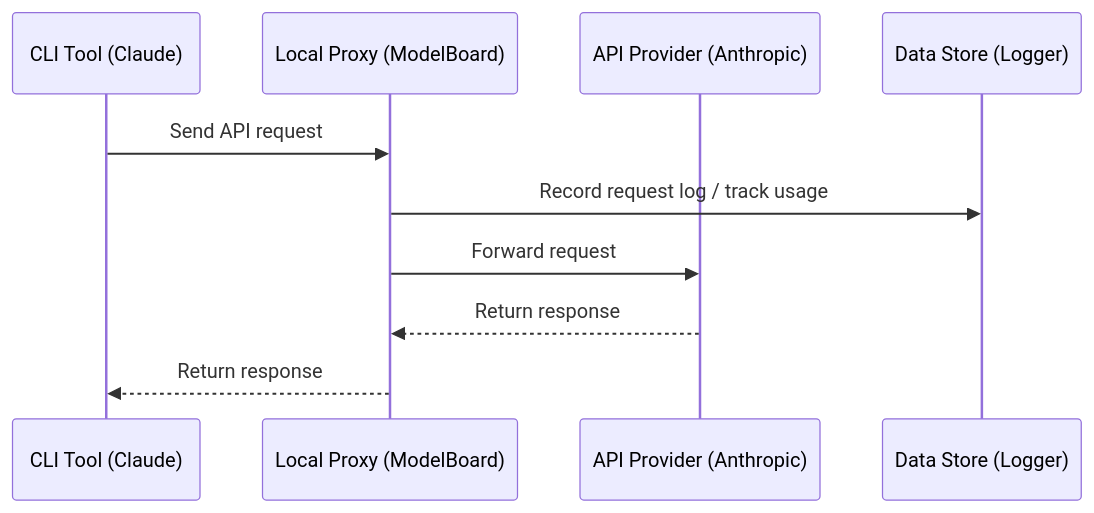
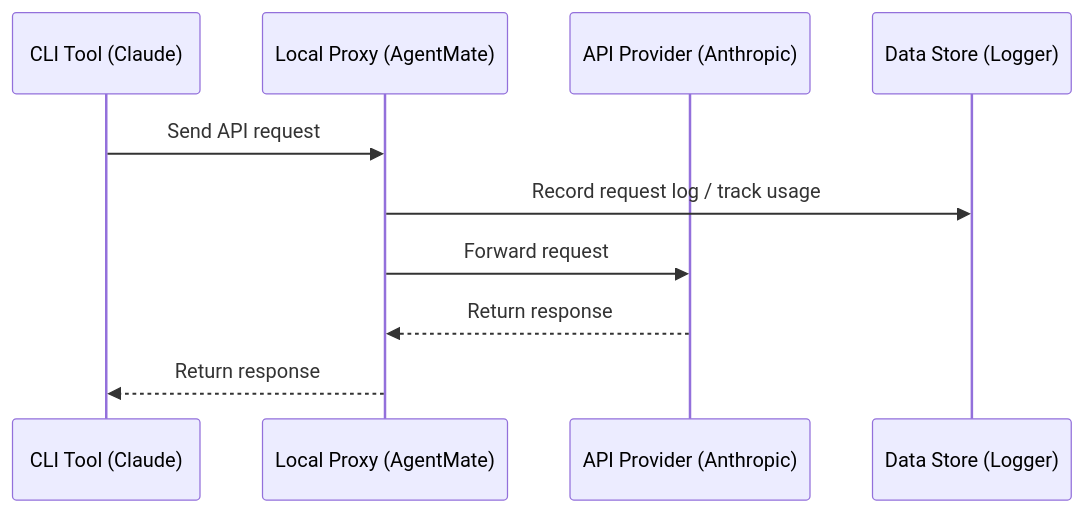
One commit to peter123023/AgentMate changed the diagram in docs/user-manual/en/4-proxy/4.1-service.md. Above: the diagram before and after it, drawn with Mermaid. The commit also changed other lines of this file and 256 other files, not shown here.

First line of the commit message:
rebrand: rename ModelBoard to AgentMate

````diff
--- a/docs/user-manual/en/4-proxy/4.1-service.md
+++ b/docs/user-manual/en/4-proxy/4.1-service.md
@@ -116,13 +116,13 @@
 ```mermaid
 sequenceDiagram
     participant CLI as CLI Tool (Claude)
-    participant Proxy as Local Proxy (ModelBoard)
+    participant Proxy as Local Proxy (AgentMate)
     participant API as API Provider (Anthropic)
     participant DB as Data Store (Logger)
 
     CLI->>Proxy: Send API request
     Proxy->>DB: Record request log / track usage
     Proxy->>API: Forward request
     API-->>Proxy: Return response
     Proxy-->>CLI: Return response
 ```
````
